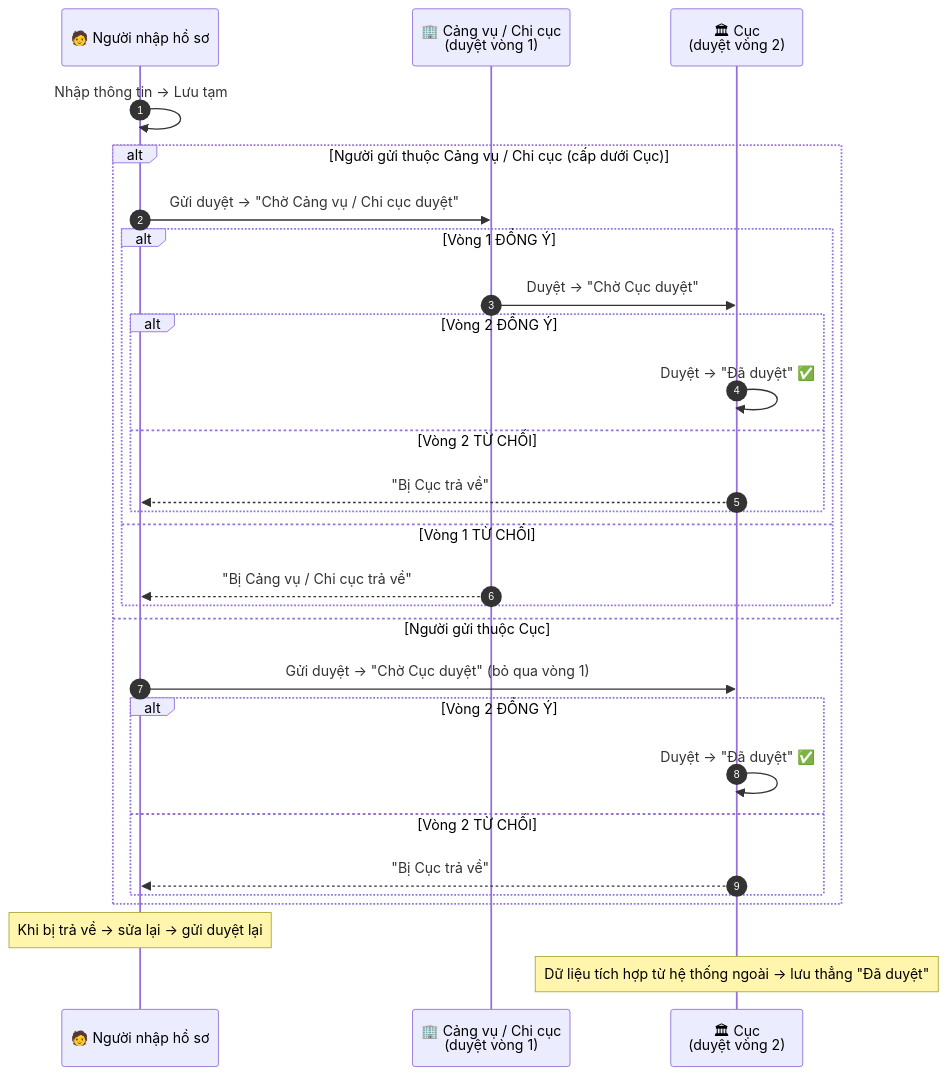
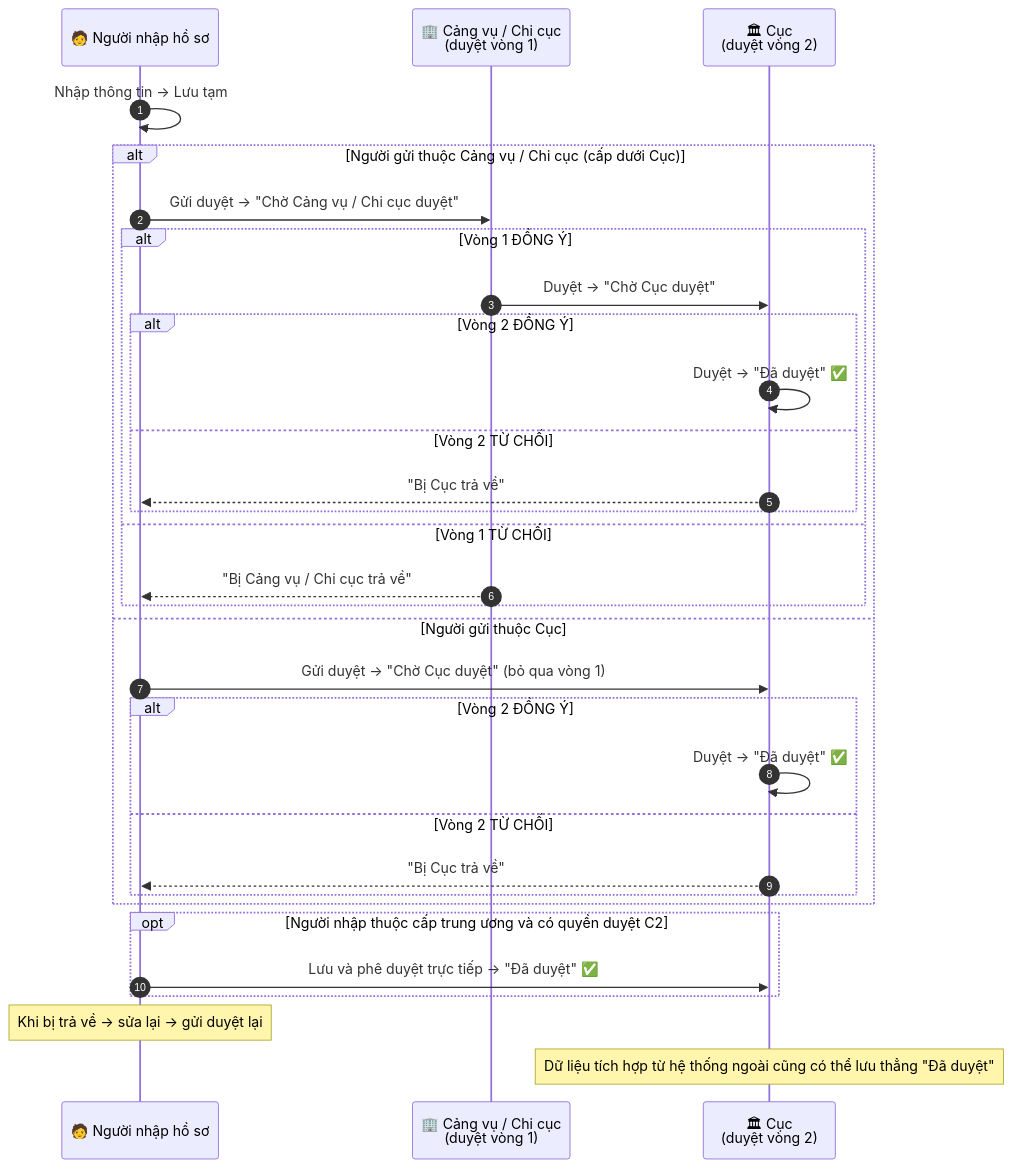
One commit to trangg21-bit/hang-hai-kchtgt changed the first of 2 diagrams in QUY-TRINH-PHE-DUYET-2-CAP-KCHT.md. Above: the diagram before and after it, drawn with Mermaid. The commit also changed other lines of this file and 103 other files, not shown here.

````diff
--- a/QUY-TRINH-PHE-DUYET-2-CAP-KCHT.md
+++ b/QUY-TRINH-PHE-DUYET-2-CAP-KCHT.md
@@ -41,31 +41,34 @@
 ```mermaid
 sequenceDiagram
     autonumber
     participant NV as 🧑 Người nhập hồ sơ
     participant CC as 🏢 Cảng vụ / Chi cục<br/>(duyệt vòng 1)
     participant CUC as 🏛 Cục<br/>(duyệt vòng 2)
 
     NV->>NV: Nhập thông tin → Lưu tạm
     alt Người gửi thuộc Cảng vụ / Chi cục (cấp dưới Cục)
         NV->>CC: Gửi duyệt → "Chờ Cảng vụ / Chi cục duyệt"
         alt Vòng 1 ĐỒNG Ý
             CC->>CUC: Duyệt → "Chờ Cục duyệt"
             alt Vòng 2 ĐỒNG Ý
                 CUC->>CUC: Duyệt → "Đã duyệt" ✅
             else Vòng 2 TỪ CHỐI
                 CUC-->>NV: "Bị Cục trả về"
             end
         else Vòng 1 TỪ CHỐI
             CC-->>NV: "Bị Cảng vụ / Chi cục trả về"
         end
     else Người gửi thuộc Cục
         NV->>CUC: Gửi duyệt → "Chờ Cục duyệt" (bỏ qua vòng 1)
         alt Vòng 2 ĐỒNG Ý
             CUC->>CUC: Duyệt → "Đã duyệt" ✅
         else Vòng 2 TỪ CHỐI
             CUC-->>NV: "Bị Cục trả về"
         end
     end
+    opt Người nhập thuộc cấp trung ương và có quyền duyệt C2
+        NV->>CUC: Lưu và phê duyệt trực tiếp → "Đã duyệt" ✅
+    end
     Note over NV: Khi bị trả về → sửa lại → gửi duyệt lại
-    Note over CUC: Dữ liệu tích hợp từ hệ thống ngoài → lưu thẳng "Đã duyệt"
+    Note over CUC: Dữ liệu tích hợp từ hệ thống ngoài cũng có thể lưu thẳng "Đã duyệt"
 ```
````
